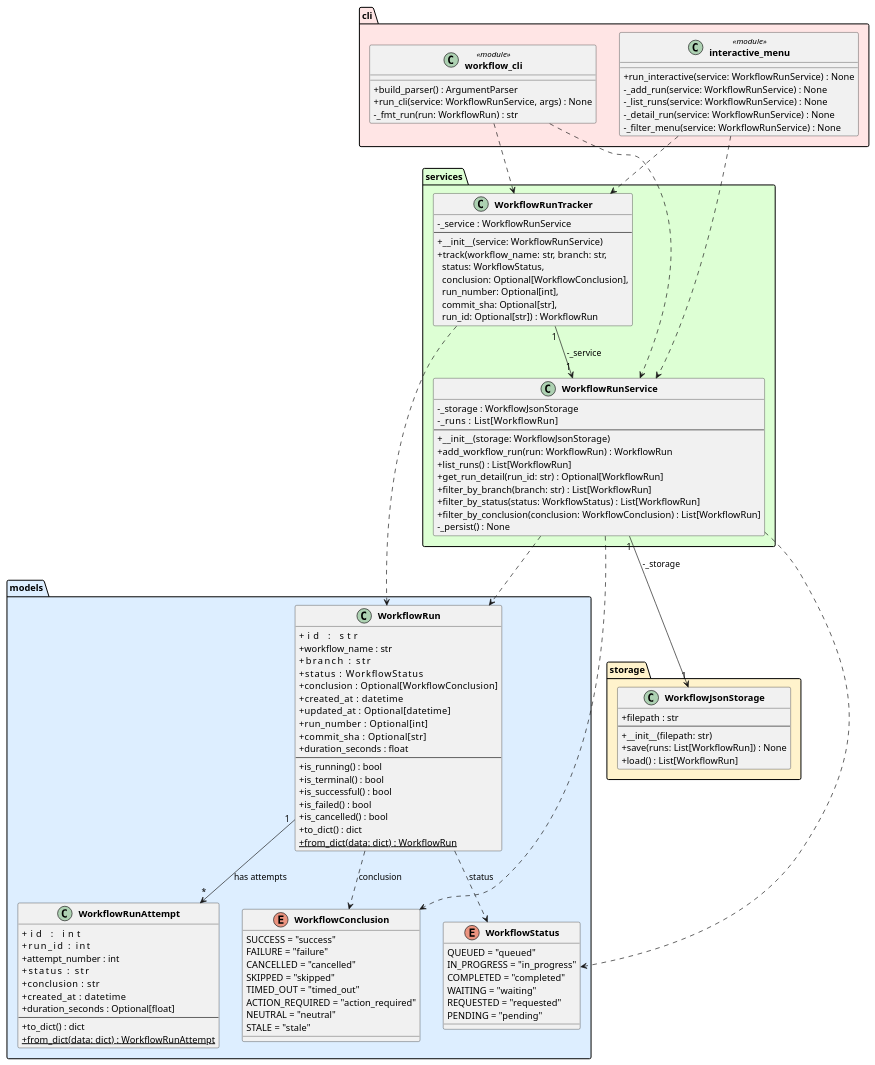
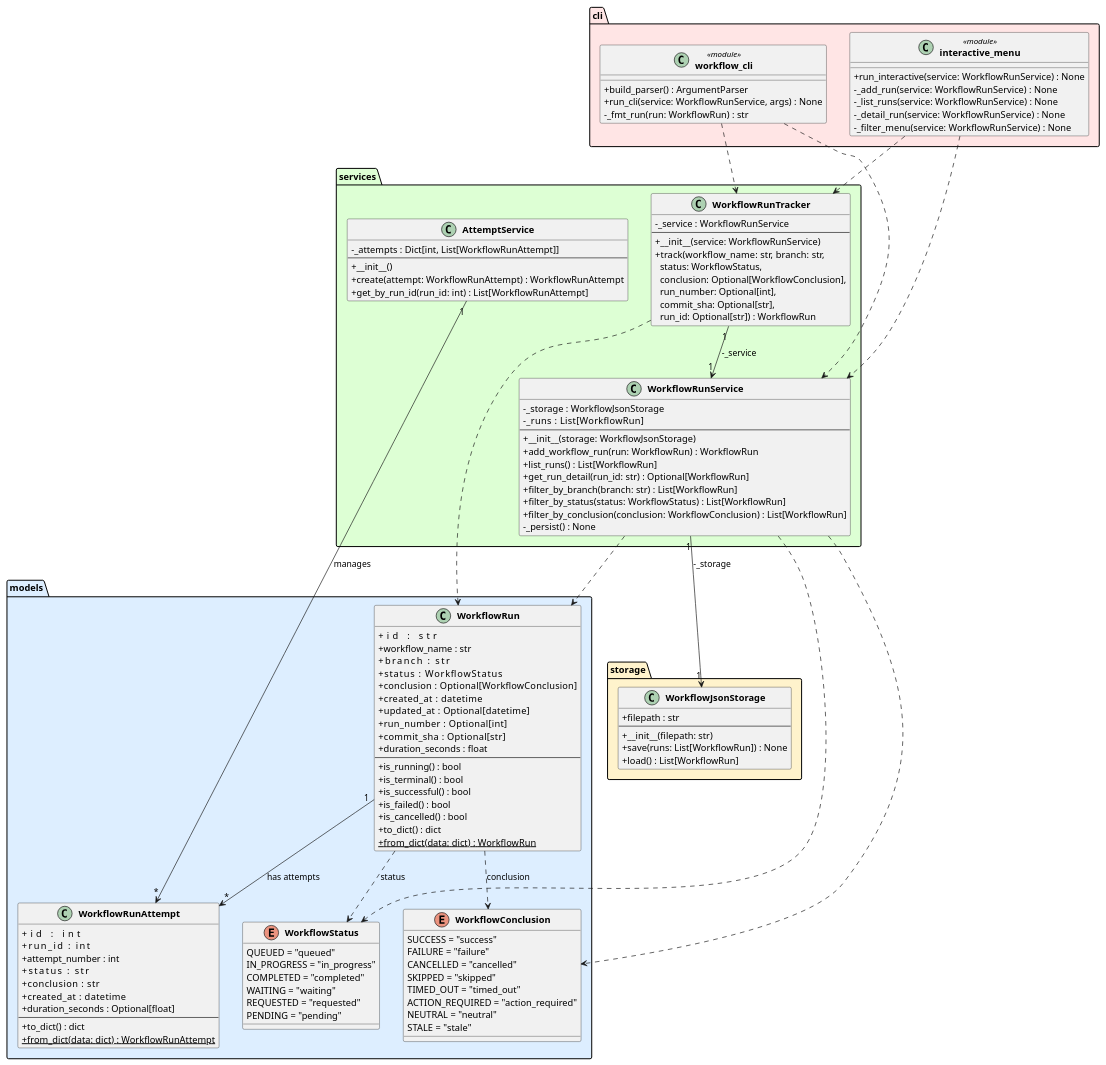
One commit to DanielRiha8906/Software_autoevolution_using_agents changed the diagram in experiments/broadcast/test_driven/github-workflow-manager/artifacts/class_diagram.puml. Above: the diagram before and after it, drawn with PlantUML. The commit also changed 3 other files, not shown here.

First line of the commit message:
Implement AttemptService for managing WorkflowRunAttempt lifecycle

```diff
--- a/experiments/broadcast/test_driven/github-workflow-manager/artifacts/class_diagram.puml
+++ b/experiments/broadcast/test_driven/github-workflow-manager/artifacts/class_diagram.puml
@@ -1,125 +1,134 @@
 @startuml class_diagram
 
 skinparam classAttributeIconSize 0
 skinparam classFontStyle bold
 
 package "models" #DDEEFF {
     enum WorkflowStatus {
         QUEUED = "queued"
         IN_PROGRESS = "in_progress"
         COMPLETED = "completed"
         WAITING = "waiting"
         REQUESTED = "requested"
         PENDING = "pending"
     }
 
     enum WorkflowConclusion {
         SUCCESS = "success"
         FAILURE = "failure"
         CANCELLED = "cancelled"
         SKIPPED = "skipped"
         TIMED_OUT = "timed_out"
         ACTION_REQUIRED = "action_required"
         NEUTRAL = "neutral"
         STALE = "stale"
     }
 
     class WorkflowRun {
         +id            : str
         +workflow_name : str
         +branch        : str
         +status        : WorkflowStatus
         +conclusion    : Optional[WorkflowConclusion]
         +created_at    : datetime
         +updated_at    : Optional[datetime]
         +run_number    : Optional[int]
         +commit_sha    : Optional[str]
         +duration_seconds : float
         --
         +is_running() : bool
         +is_terminal() : bool
         +is_successful() : bool
         +is_failed() : bool
         +is_cancelled() : bool
         +to_dict() : dict
         +{static} from_dict(data: dict) : WorkflowRun
     }
 
     class WorkflowRunAttempt {
         +id            : int
         +run_id        : int
         +attempt_number : int
         +status        : str
         +conclusion    : str
         +created_at    : datetime
         +duration_seconds : Optional[float]
         --
         +to_dict() : dict
         +{static} from_dict(data: dict) : WorkflowRunAttempt
     }
 }
 
 package "storage" #FFF3CC {
     class WorkflowJsonStorage {
         +filepath : str
         --
         +__init__(filepath: str)
         +save(runs: List[WorkflowRun]) : None
         +load() : List[WorkflowRun]
     }
 }
 
 package "services" #DDFFD4 {
     class WorkflowRunService {
         -_storage : WorkflowJsonStorage
         -_runs    : List[WorkflowRun]
         --
         +__init__(storage: WorkflowJsonStorage)
         +add_workflow_run(run: WorkflowRun) : WorkflowRun
         +list_runs() : List[WorkflowRun]
         +get_run_detail(run_id: str) : Optional[WorkflowRun]
         +filter_by_branch(branch: str) : List[WorkflowRun]
         +filter_by_status(status: WorkflowStatus) : List[WorkflowRun]
         +filter_by_conclusion(conclusion: WorkflowConclusion) : List[WorkflowRun]
         -_persist() : None
     }
 
     class WorkflowRunTracker {
         -_service : WorkflowRunService
         --
         +__init__(service: WorkflowRunService)
         +track(workflow_name: str, branch: str,\n  status: WorkflowStatus,\n  conclusion: Optional[WorkflowConclusion],\n  run_number: Optional[int],\n  commit_sha: Optional[str],\n  run_id: Optional[str]) : WorkflowRun
     }
+
+    class AttemptService {
+        -_attempts : Dict[int, List[WorkflowRunAttempt]]
+        --
+        +__init__()
+        +create(attempt: WorkflowRunAttempt) : WorkflowRunAttempt
+        +get_by_run_id(run_id: int) : List[WorkflowRunAttempt]
+    }
 }
 
 package "cli" #FFE5E5 {
     class "workflow_cli" <<module>> {
         +build_parser() : ArgumentParser
         +run_cli(service: WorkflowRunService, args) : None
         -_fmt_run(run: WorkflowRun) : str
     }
 
     class "interactive_menu" <<module>> {
         +run_interactive(service: WorkflowRunService) : None
         -_add_run(service: WorkflowRunService) : None
         -_list_runs(service: WorkflowRunService) : None
         -_detail_run(service: WorkflowRunService) : None
         -_filter_menu(service: WorkflowRunService) : None
     }
 }
 
 WorkflowRun                ..>  WorkflowStatus        : status
 WorkflowRun                ..>  WorkflowConclusion    : conclusion
 WorkflowRun          "1" --> "*" WorkflowRunAttempt   : has attempts
 WorkflowRunService    "1" --> "1" WorkflowJsonStorage : -_storage
 WorkflowRunService         ..>  WorkflowRun
 WorkflowRunService         ..>  WorkflowStatus
 WorkflowRunService         ..>  WorkflowConclusion
 WorkflowRunTracker    "1" --> "1" WorkflowRunService  : -_service
 WorkflowRunTracker         ..>  WorkflowRun
+AttemptService       "1" --> "*" WorkflowRunAttempt   : manages
 "workflow_cli"             ..>  WorkflowRunService
 "workflow_cli"             ..>  WorkflowRunTracker
 "interactive_menu"         ..>  WorkflowRunService
 "interactive_menu"         ..>  WorkflowRunTracker
 
 @enduml
```
